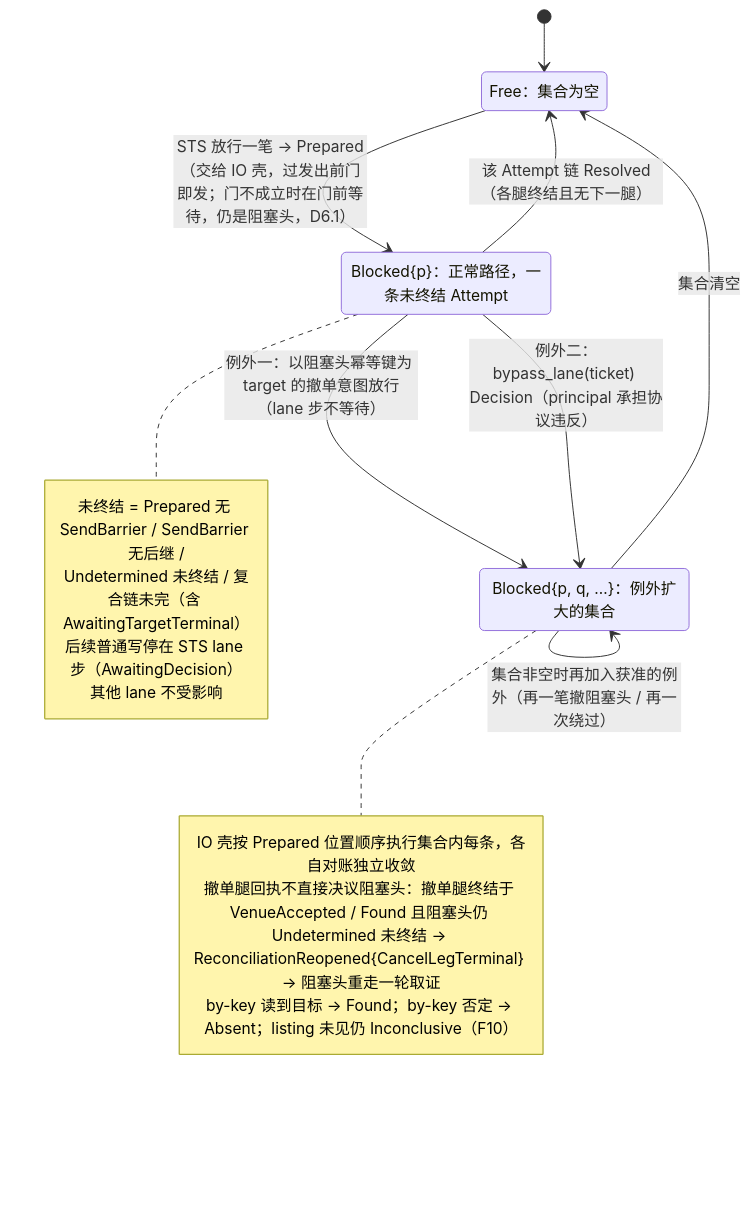
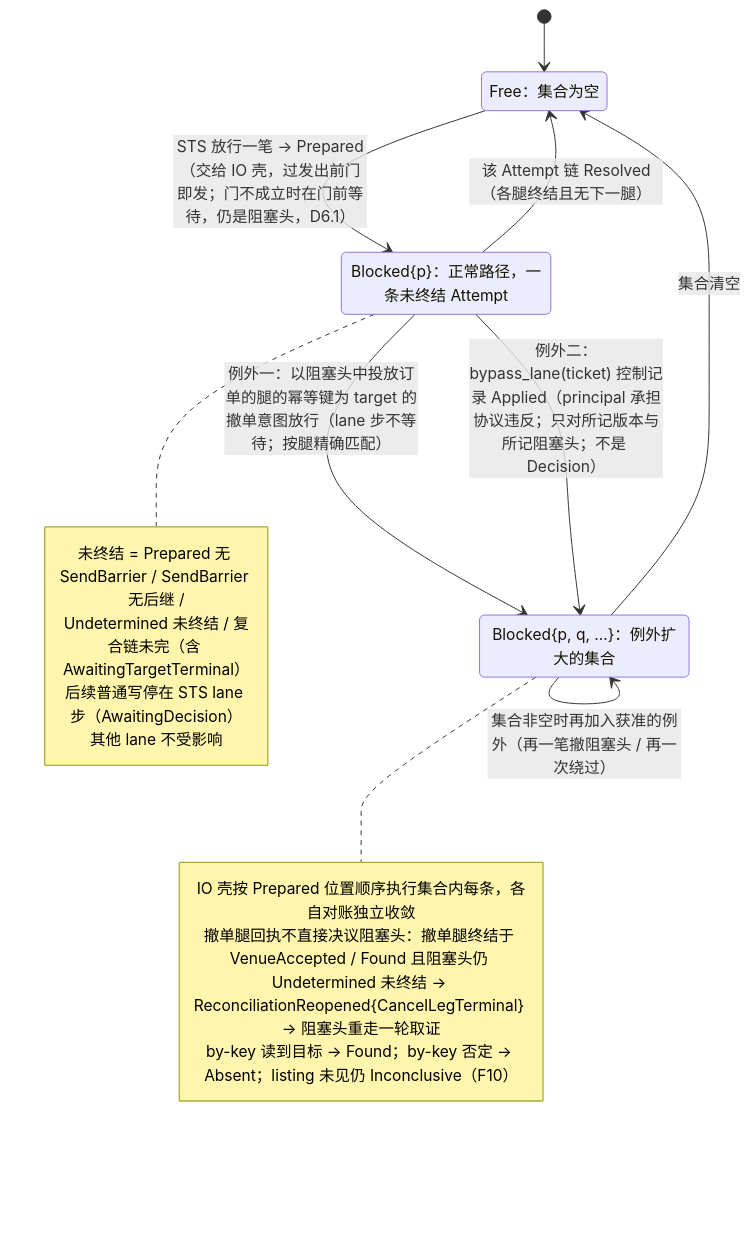
One commit to mouriya-s-lab/uta changed the fourth of 6 diagrams in design/diagrams/05-ticket-and-sts.md. Above: the diagram before and after it, drawn with Mermaid. The commit also changed other lines of this file and 17 other files, not shown here.

Commit message:
design: fix review contradictions — bypass as lane control record, per-leg blocking-head key, positions per identity, orders completeness only before compaction, readiness/backfill split, uses graph and writer tables, Starting semantics, references

````diff
--- a/design/diagrams/05-ticket-and-sts.md
+++ b/design/diagrams/05-ticket-and-sts.md
@@ -127,25 +127,25 @@
 ```mermaid
 stateDiagram-v2
   state "Free：集合为空" as Free
   state "Blocked{p}：正常路径，一条未终结 Attempt" as B1
   state "Blocked{p, q, …}：例外扩大的集合" as BN
   [*] --> Free
   Free --> B1 : STS 放行一笔 → Prepared（交给 IO 壳，过发出前门即发；门不成立时在门前等待，仍是阻塞头，D6.1）
   B1 --> Free : 该 Attempt 链 Resolved（各腿终结且无下一腿）
-  B1 --> BN : 例外一：以阻塞头幂等键为 target 的撤单意图放行（lane 步不等待）
-  B1 --> BN : 例外二：bypass_lane(ticket) Decision（principal 承担协议违反）
+  B1 --> BN : 例外一：以阻塞头中投放订单的腿的幂等键为 target 的撤单意图放行（lane 步不等待；按腿精确匹配）
+  B1 --> BN : 例外二：bypass_lane(ticket) 控制记录 Applied（principal 承担协议违反；只对所记版本与所记阻塞头；不是 Decision）
   BN --> BN : 集合内任一链 Resolved 但集合非空（只移出自己）
   BN --> BN : 集合非空时再加入获准的例外（再一笔撤阻塞头 / 再一次绕过）
   BN --> Free : 集合清空
   note right of B1
     未终结 = Prepared 无 SendBarrier / SendBarrier 无后继 /
     Undetermined 未终结 / 复合链未完（含 AwaitingTargetTerminal）
     后续普通写停在 STS lane 步（AwaitingDecision）
     其他 lane 不受影响
   end note
   note right of BN
     IO 壳按 Prepared 位置顺序执行集合内每条，各自对账独立收敛
     撤单腿回执不直接决议阻塞头：撤单腿终结于 VenueAccepted / Found 且阻塞头仍 Undetermined 未终结 → ReconciliationReopened{CancelLegTerminal} → 阻塞头重走一轮取证
     by-key 读到目标 → Found；by-key 否定 → Absent；listing 未见仍 Inconclusive（F10）
   end note
 ```
````
